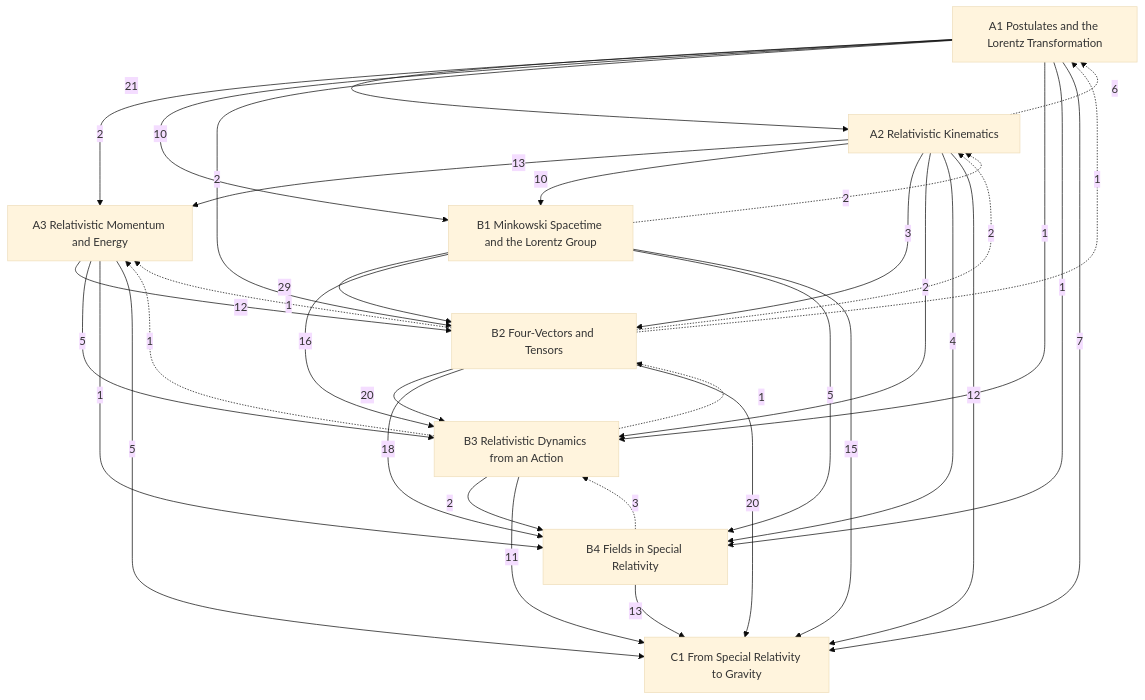
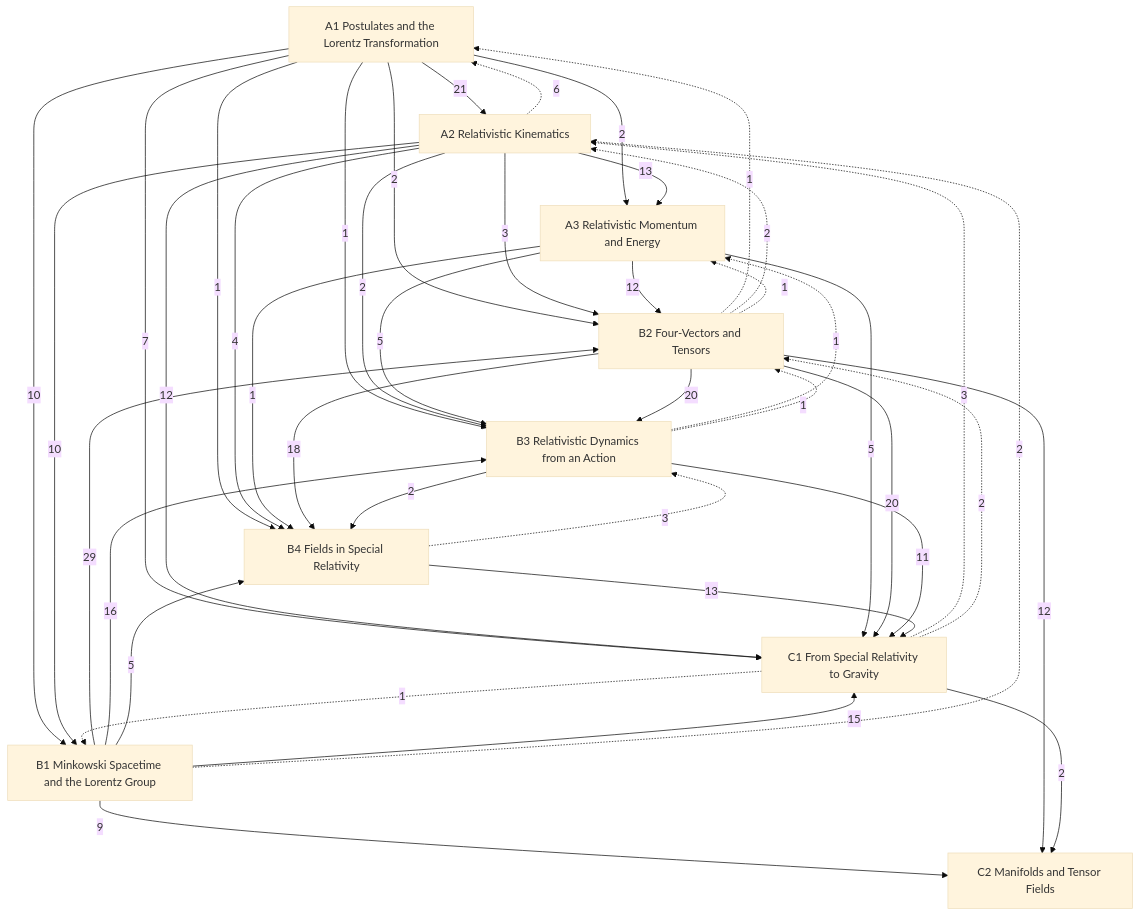
The diagram in Physics/Relativity/Relativity.md (Onion20040508/notes), drawn with Mermaid (base theme) before and after one commit. The commit also changed other lines of this file and 33 other files, not shown here.

````diff
--- a/Physics/Relativity/Relativity.md
+++ b/Physics/Relativity/Relativity.md
@@ -31,46 +32,53 @@
 ```mermaid
 graph TD
   A1["A1 Postulates and the Lorentz Transformation"]
   A2["A2 Relativistic Kinematics"]
   A3["A3 Relativistic Momentum and Energy"]
   B1["B1 Minkowski Spacetime and the Lorentz Group"]
   B2["B2 Four-Vectors and Tensors"]
   B3["B3 Relativistic Dynamics from an Action"]
   B4["B4 Fields in Special Relativity"]
   C1["C1 From Special Relativity to Gravity"]
+  C2["C2 Manifolds and Tensor Fields"]
   A1 -->|21| A2
   A1 -->|2| A3
   A2 -->|13| A3
   A1 -->|10| B1
   A2 -->|10| B1
   A1 -->|2| B2
   A2 -->|3| B2
   A3 -->|12| B2
   B1 -->|29| B2
   A1 -->|1| B3
   A2 -->|2| B3
   A3 -->|5| B3
   B1 -->|16| B3
   B2 -->|20| B3
   A1 -->|1| B4
   A2 -->|4| B4
   A3 -->|1| B4
   B1 -->|5| B4
   B2 -->|18| B4
   B3 -->|2| B4
   A1 -->|7| C1
   A2 -->|12| C1
   A3 -->|5| C1
   B1 -->|15| C1
   B2 -->|20| C1
   B3 -->|11| C1
   B4 -->|13| C1
+  B1 -->|9| C2
+  B2 -->|12| C2
+  C1 -->|2| C2
   A2 -.->|6| A1
   B2 -.->|1| A1
   B1 -.->|2| A2
   B2 -.->|2| A2
+  C1 -.->|3| A2
   B2 -.->|1| A3
   B3 -.->|1| A3
+  C1 -.->|1| B1
   B3 -.->|1| B2
+  C1 -.->|2| B2
   B4 -.->|3| B3
 ```
````
